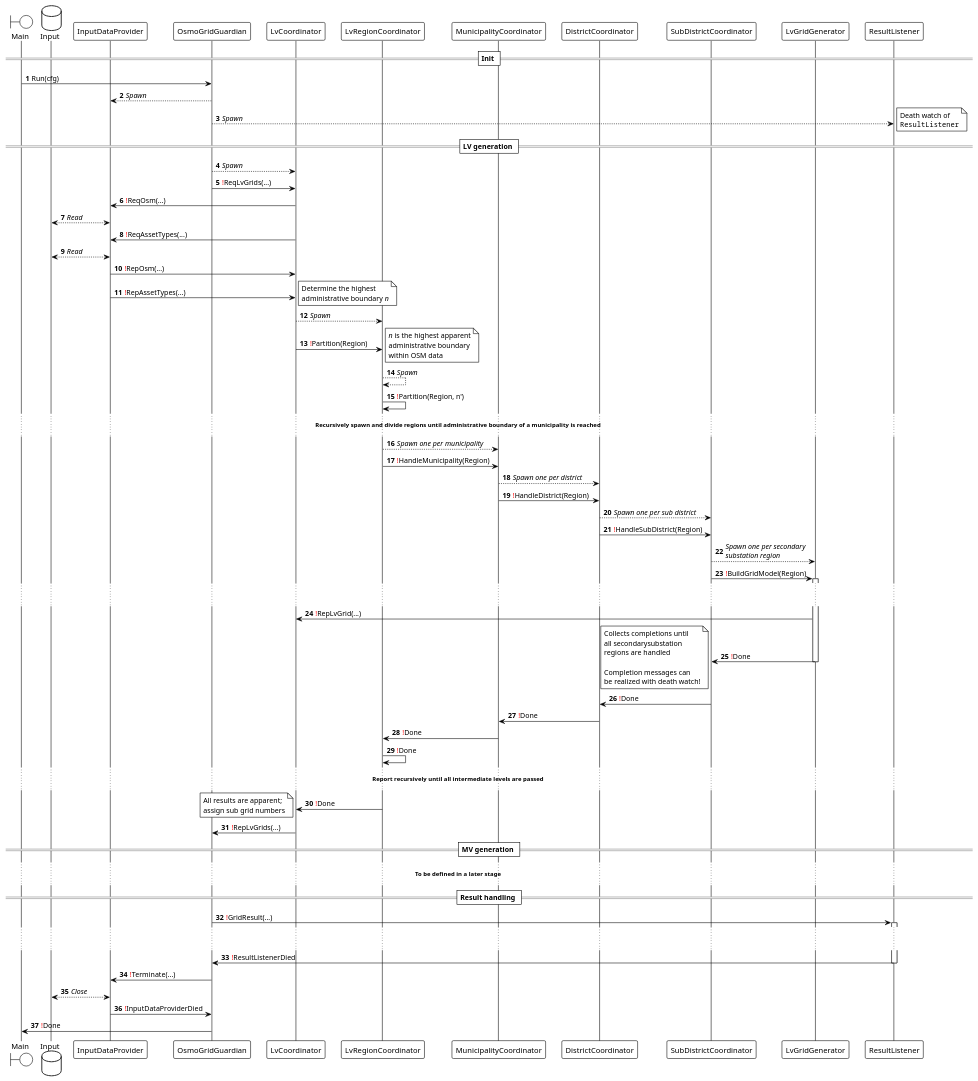
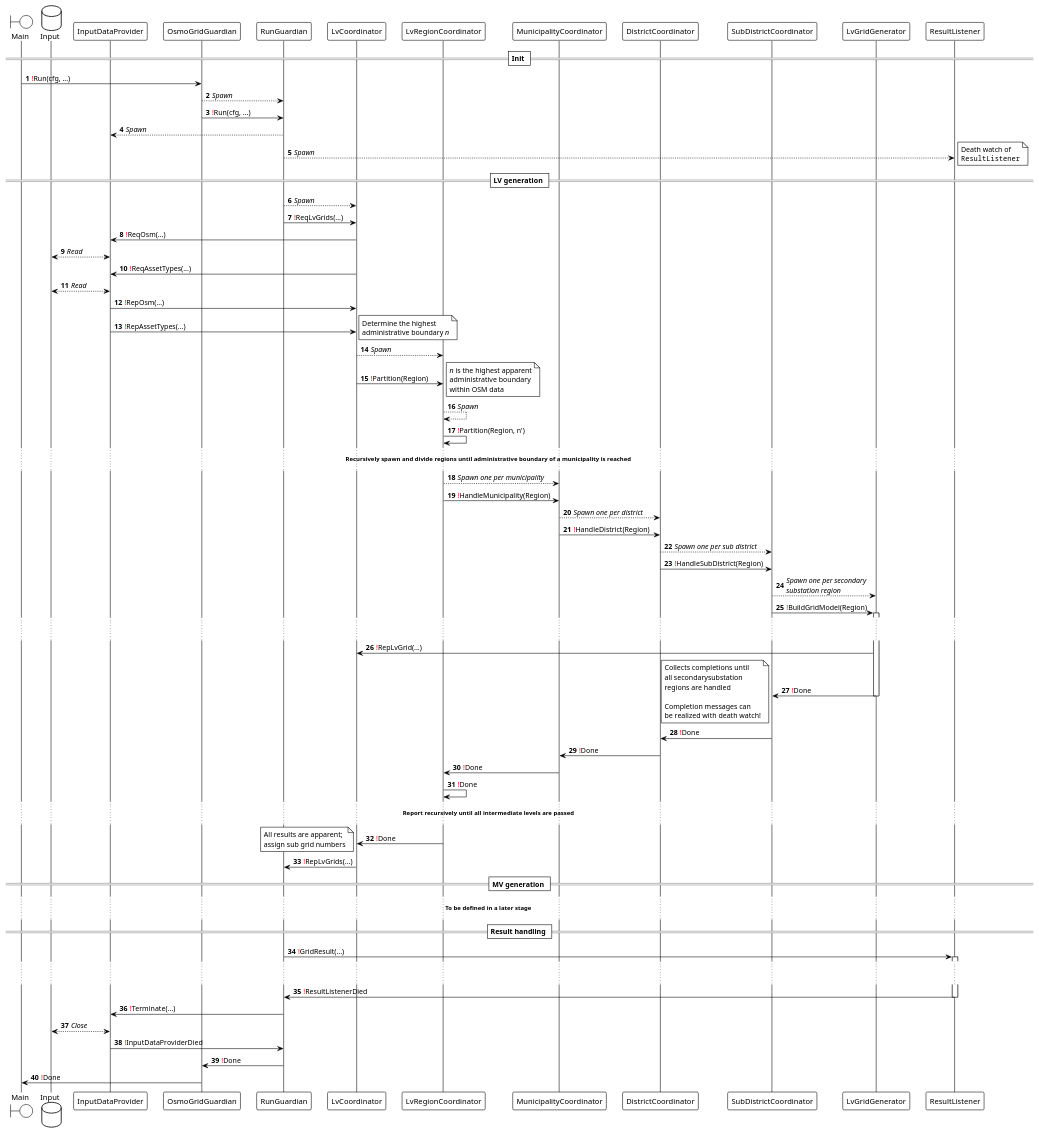
Before and after one commit to ie3-institute/OSMoGrid: the diagram in docs/puml/protocol/protocol.puml, drawn with PlantUML.

Commit message:
Improve protocol

```diff
--- a/docs/puml/protocol/protocol.puml
+++ b/docs/puml/protocol/protocol.puml
@@ -1,90 +1,94 @@
 @startuml
 'https://plantuml.com/sequence-diagram
 
 !theme plain
 autonumber
 
 boundary Main
 database Input
 participant InputDataProvider
 participant OsmoGridGuardian
+participant RunGuardian
 participant LvCoordinator
 participant LvRegionCoordinator
 participant MunicipalityCoordinator
 participant DistrictCoordinator
 participant SubDistrictCoordinator
 participant LvGridGenerator
 participant ResultListener
 
 == Init ==
-Main -> OsmoGridGuardian: Run(cfg)
-OsmoGridGuardian --> InputDataProvider: //Spawn//
+Main -> OsmoGridGuardian: <font color="red">!</font>Run(cfg, ...)
+OsmoGridGuardian --> RunGuardian: //Spawn//
+OsmoGridGuardian -> RunGuardian: <font color="red">!</font>Run(cfg, ...)
+RunGuardian --> InputDataProvider: //Spawn//
 
-OsmoGridGuardian --> ResultListener: //Spawn//
+RunGuardian --> ResultListener: //Spawn//
 note right: Death watch of\n""ResultListener""
 
 == LV generation ==
-OsmoGridGuardian --> LvCoordinator: //Spawn//
-OsmoGridGuardian -> LvCoordinator: <font color="red">!</font>ReqLvGrids(...)
+RunGuardian --> LvCoordinator: //Spawn//
+RunGuardian -> LvCoordinator: <font color="red">!</font>ReqLvGrids(...)
 LvCoordinator -> InputDataProvider: <font color="red">!</font>ReqOsm(...)
 InputDataProvider <--> Input: //Read//
 LvCoordinator -> InputDataProvider: <font color="red">!</font>ReqAssetTypes(...)
 InputDataProvider <--> Input: //Read//
 InputDataProvider -> LvCoordinator: <font color="red">!</font>RepOsm(...)
 InputDataProvider -> LvCoordinator: <font color="red">!</font>RepAssetTypes(...)
 note right: Determine the highest\nadministrative boundary //n//
 LvCoordinator --> LvRegionCoordinator: //Spawn//
 
 LvCoordinator -> LvRegionCoordinator: <font color="red">!</font>Partition(Region)
 note right: //n// is the highest apparent\nadministrative boundary\nwithin OSM data
 LvRegionCoordinator --> LvRegionCoordinator: //Spawn//
 LvRegionCoordinator -> LvRegionCoordinator: <font color="red">!</font>Partition(Region, n')
 ... **Recursively spawn and divide regions until administrative boundary of a municipality is reached** ...
 
 LvRegionCoordinator --> MunicipalityCoordinator: //Spawn one per municipality//
 LvRegionCoordinator -> MunicipalityCoordinator: <font color="red">!</font>HandleMunicipality(Region)
 
 MunicipalityCoordinator --> DistrictCoordinator: //Spawn one per district//
 MunicipalityCoordinator -> DistrictCoordinator: <font color="red">!</font>HandleDistrict(Region)
 
 DistrictCoordinator --> SubDistrictCoordinator: //Spawn one per sub district//
 DistrictCoordinator -> SubDistrictCoordinator: <font color="red">!</font>HandleSubDistrict(Region)
 
 SubDistrictCoordinator --> LvGridGenerator: //Spawn one per secondary//\n//substation region//
 SubDistrictCoordinator -> LvGridGenerator: <font color="red">!</font>BuildGridModel(Region)
 
 activate LvGridGenerator
 ... ...
 LvGridGenerator -> LvCoordinator: <font color="red">!</font>RepLvGrid(...)
 LvGridGenerator -> SubDistrictCoordinator: <font color="red">!</font>Done
 note left: Collects completions until\nall secondarysubstation\nregions are handled\n\nCompletion messages can\nbe realized with death watch!
 deactivate LvGridGenerator
 
 SubDistrictCoordinator -> DistrictCoordinator: <font color="red">!</font>Done
 DistrictCoordinator -> MunicipalityCoordinator: <font color="red">!</font>Done
 MunicipalityCoordinator -> LvRegionCoordinator: <font color="red">!</font>Done
 LvRegionCoordinator -> LvRegionCoordinator: <font color="red">!</font>Done
 ... **Report recursively until all intermediate levels are passed** ...
 LvRegionCoordinator -> LvCoordinator: <font color="red">!</font>Done
 note left: All results are apparent;\nassign sub grid numbers
 
-LvCoordinator -> OsmoGridGuardian: <font color="red">!</font>RepLvGrids(...)
+LvCoordinator -> RunGuardian: <font color="red">!</font>RepLvGrids(...)
 
 == MV generation ==
 ... **To be defined in a later stage** ...
 
 == Result handling ==
-OsmoGridGuardian -> ResultListener: <font color="red">!</font>GridResult(...)
+RunGuardian -> ResultListener: <font color="red">!</font>GridResult(...)
 activate ResultListener
 ... ...
-ResultListener -> OsmoGridGuardian: <font color="red">!</font>ResultListenerDied
+ResultListener -> RunGuardian: <font color="red">!</font>ResultListenerDied
 deactivate ResultListener
-OsmoGridGuardian -> InputDataProvider: <font color="red">!</font>Terminate(...)
+RunGuardian -> InputDataProvider: <font color="red">!</font>Terminate(...)
 InputDataProvider <--> Input: //Close//
-InputDataProvider -> OsmoGridGuardian: <font color="red">!</font>InputDataProviderDied
+InputDataProvider -> RunGuardian: <font color="red">!</font>InputDataProviderDied
 
+RunGuardian -> OsmoGridGuardian: <font color="red">!</font>Done
 OsmoGridGuardian -> Main: <font color="red">!</font>Done
 
 'TODO: Don't forget to spawn and initialize the ResultListener
 
 @enduml
```
